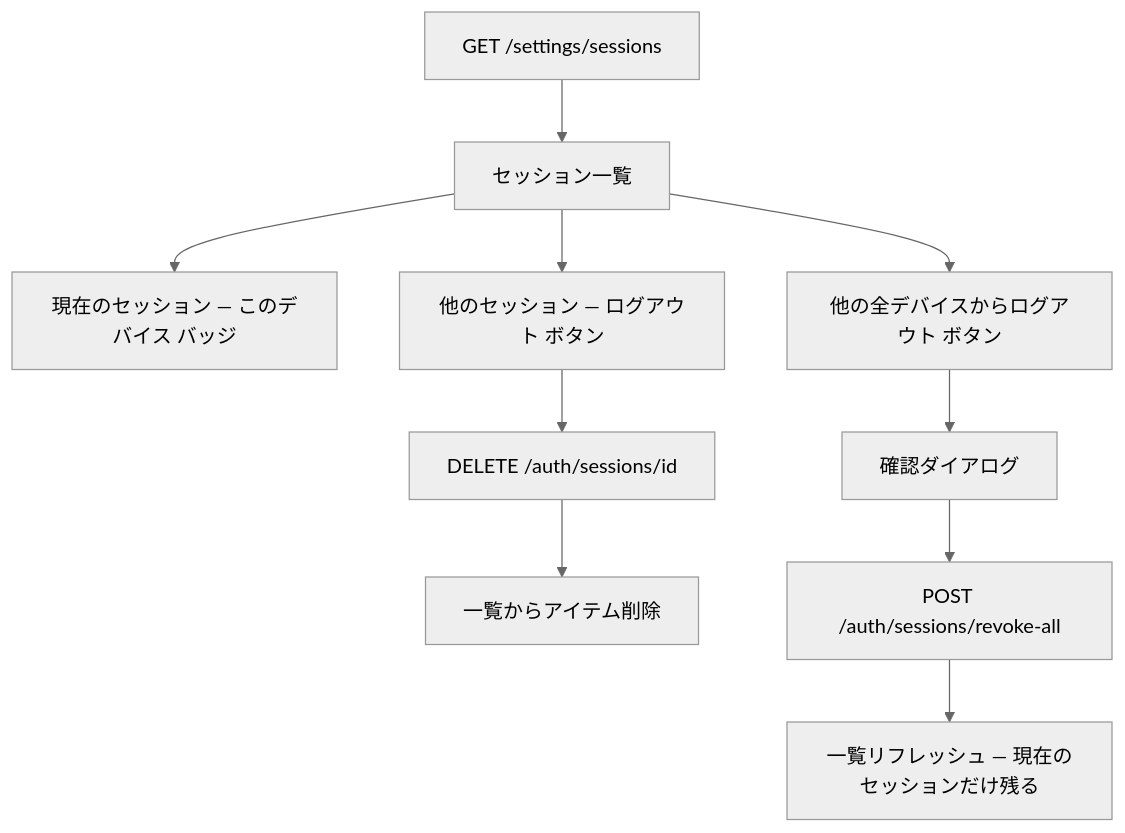
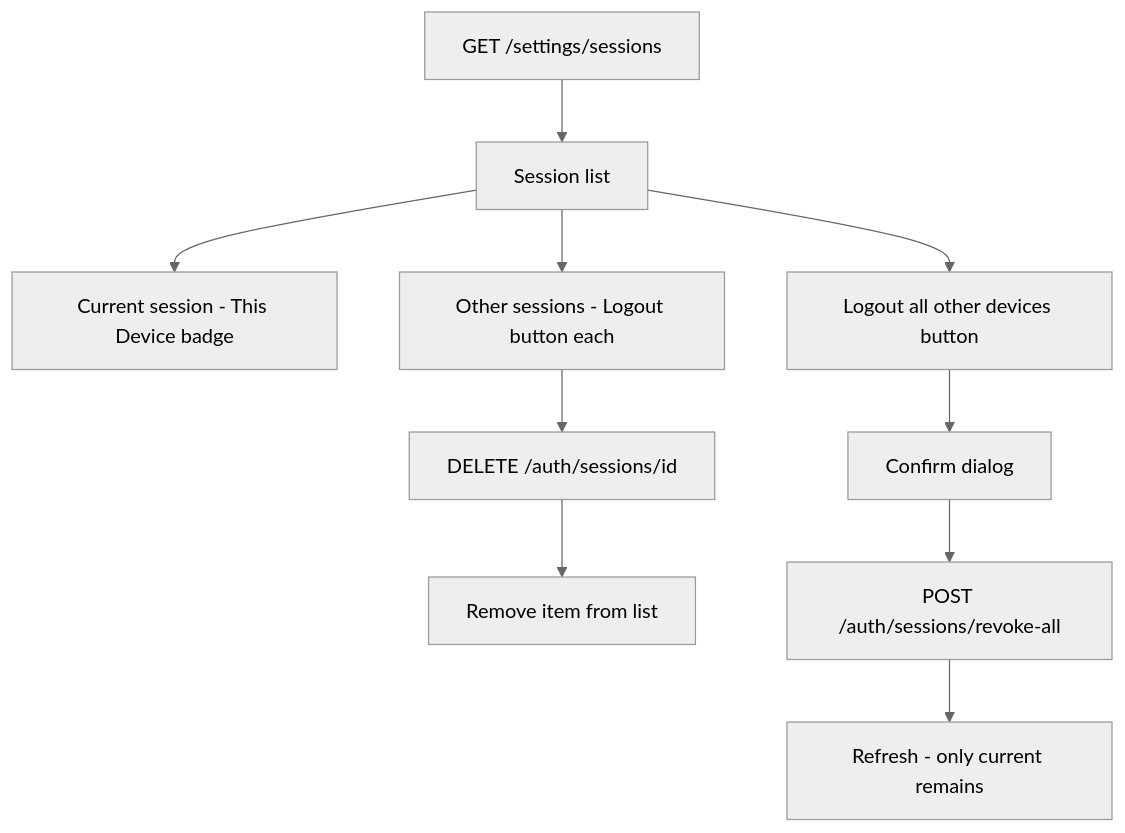
Before and after one commit to opaopa6969/volta-auth-proxy: the tenth of 12 diagrams in dge/specs/ui-flow.md, drawn with Mermaid (neutral theme). The commit also changed other lines of this file, not shown here.

First line of the commit message:
Fix mermaid diagrams for GitHub rendering

````diff
--- a/dge/specs/ui-flow.md
+++ b/dge/specs/ui-flow.md
@@ -264,15 +256,15 @@
 ```mermaid
 flowchart TD
-    A[GET /settings/sessions] --> B[セッション一覧]
+    A["GET /settings/sessions"] --> B["Session list"]
 
-    B --> C[現在のセッション — このデバイス バッジ]
-    B --> D[他のセッション — ログアウト ボタン]
+    B --> C["Current session - This Device badge"]
+    B --> D["Other sessions - Logout button each"]
 
-    D --> E[DELETE /auth/sessions/id]
-    E --> F[一覧からアイテム削除]
+    D --> E["DELETE /auth/sessions/id"]
+    E --> F["Remove item from list"]
 
-    B --> G[他の全デバイスからログアウト ボタン]
-    G --> H[確認ダイアログ]
-    H --> I[POST /auth/sessions/revoke-all]
-    I --> J[一覧リフレッシュ — 現在のセッションだけ残る]
+    B --> G["Logout all other devices button"]
+    G --> H["Confirm dialog"]
+    H --> I["POST /auth/sessions/revoke-all"]
+    I --> J["Refresh - only current remains"]
 ```
````
